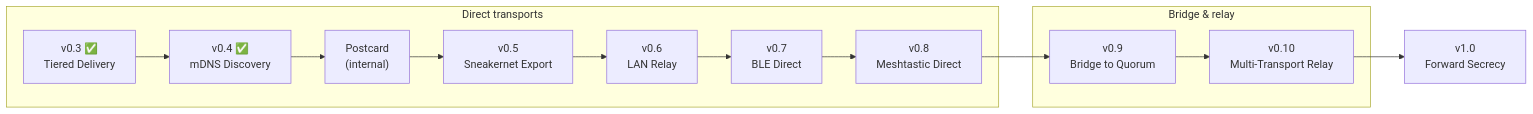
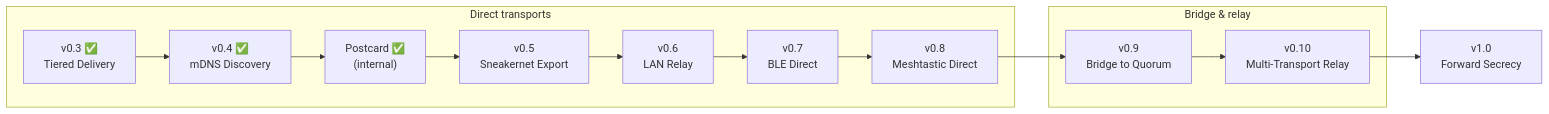
One commit to leon0399/ember changed the first of 3 diagrams in ROADMAP.md. Above: the diagram before and after it, drawn with Mermaid. The commit also changed other lines of this file and 1 other file, not shown here.

First line of the commit message:
docs: update ROADMAP and WHITEPAPER for v0.4 and Postcard completion

````diff
--- a/ROADMAP.md
+++ b/ROADMAP.md
@@ -24,21 +24,21 @@
 ```mermaid
 flowchart LR
     subgraph "Direct transports"
         v03["v0.3 ✅<br/>Tiered Delivery"]
         v04["v0.4 ✅<br/>mDNS Discovery"]
-        PC["Postcard<br/>(internal)"]
+        PC["Postcard ✅<br/>(internal)"]
         v05["v0.5<br/>Sneakernet Export"]
         v06["v0.6<br/>LAN Relay"]
         v07["v0.7<br/>BLE Direct"]
         v08["v0.8<br/>Meshtastic Direct"]
     end
 
     subgraph "Bridge & relay"
         v09["v0.9<br/>Bridge to Quorum"]
         v010["v0.10<br/>Multi-Transport Relay"]
     end
 
     v10["v1.0<br/>Forward Secrecy"]
 
     v03 --> v04 --> PC --> v05 --> v06 --> v07 --> v08 --> v09 --> v010 --> v10
 ```
````
